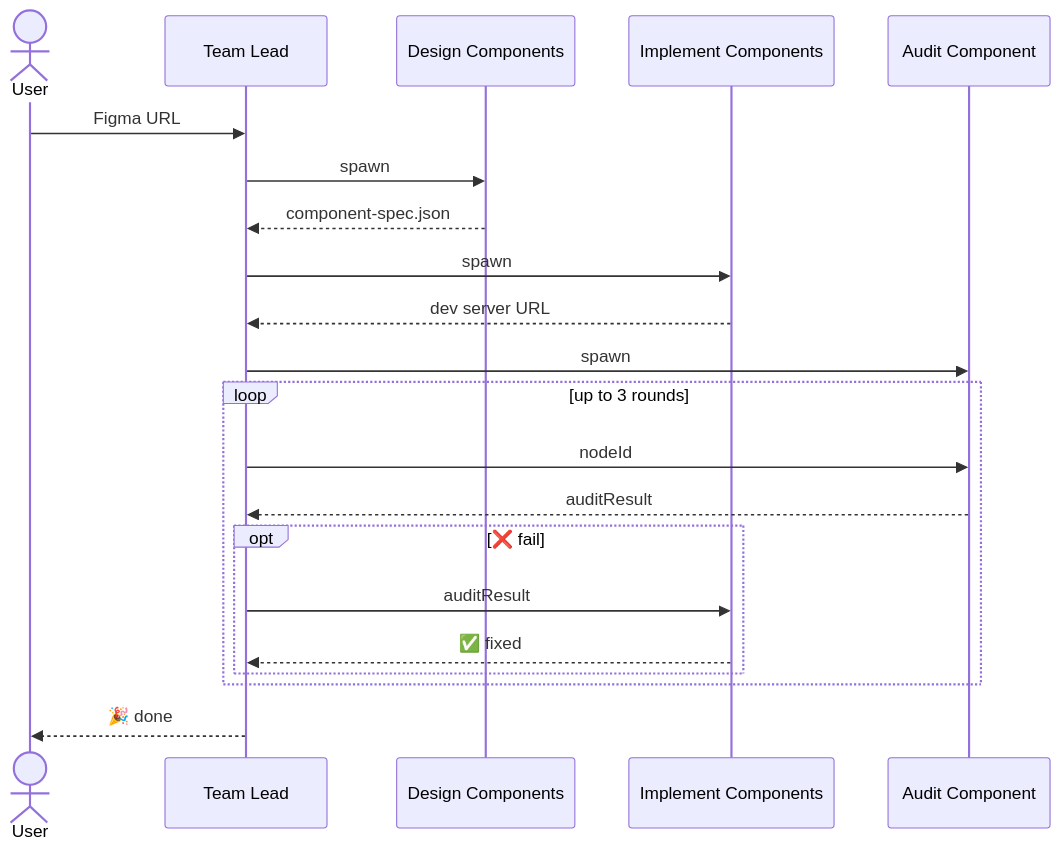
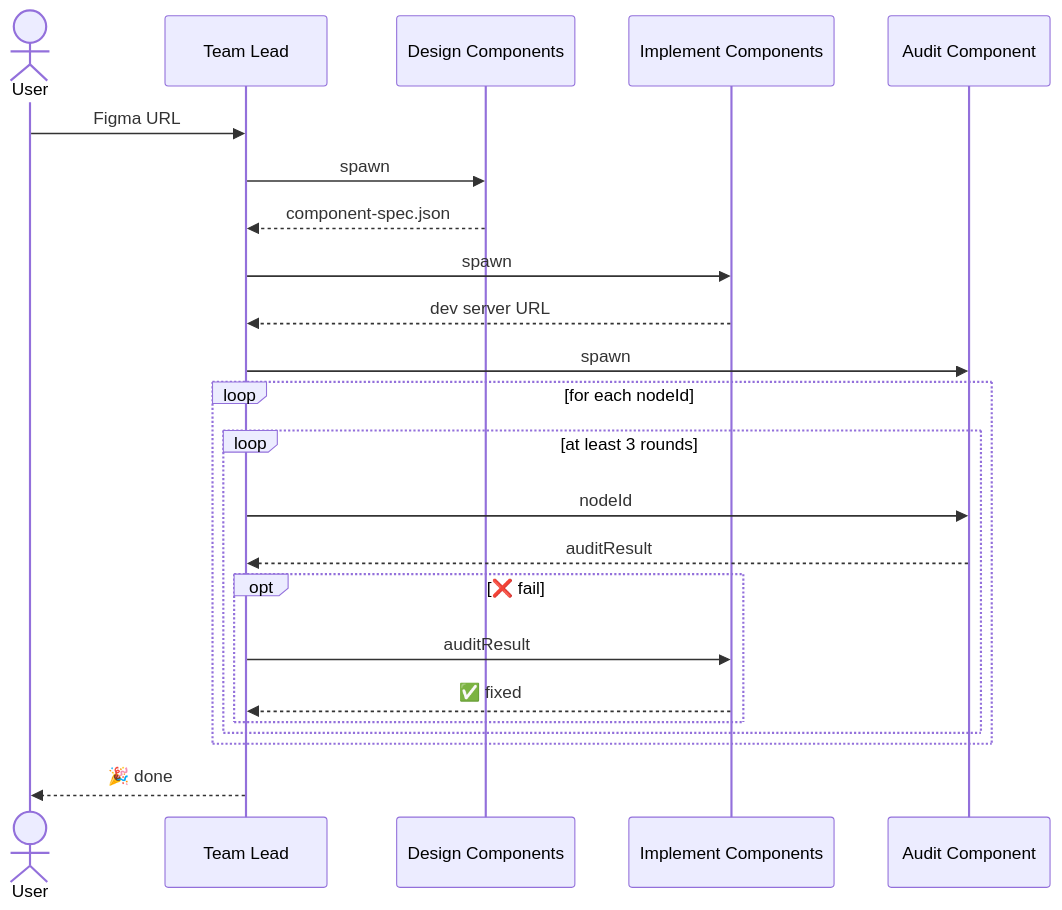
One commit to nonoroazoro/ai changed the diagram in plugins/skills/figma-to-code/README.md. Above: the diagram before and after it, drawn with Mermaid.

Commit message:
Fix workflow diagram to show nested audit loop per node

````diff
--- a/plugins/skills/figma-to-code/README.md
+++ b/plugins/skills/figma-to-code/README.md
@@ -7,24 +7,26 @@
 ```mermaid
 sequenceDiagram
     actor U as User
     participant TL as Team Lead
     participant DC as Design Components
     participant IC as Implement Components
     participant AC as Audit Component
 
     U->>TL: Figma URL
     TL->>DC: spawn
     DC-->>TL: component-spec.json
     TL->>IC: spawn
     IC-->>TL: dev server URL
     TL->>AC: spawn
-    loop up to 3 rounds
-        TL->>AC: nodeId
-        AC-->>TL: auditResult
-        opt ❌ fail
-            TL->>IC: auditResult
-            IC-->>TL: ✅ fixed
+    loop for each nodeId
+        loop at least 3 rounds
+            TL->>AC: nodeId
+            AC-->>TL: auditResult
+            opt ❌ fail
+                TL->>IC: auditResult
+                IC-->>TL: ✅ fixed
+            end
         end
     end
     TL-->>U: 🎉 done
 ```
````
